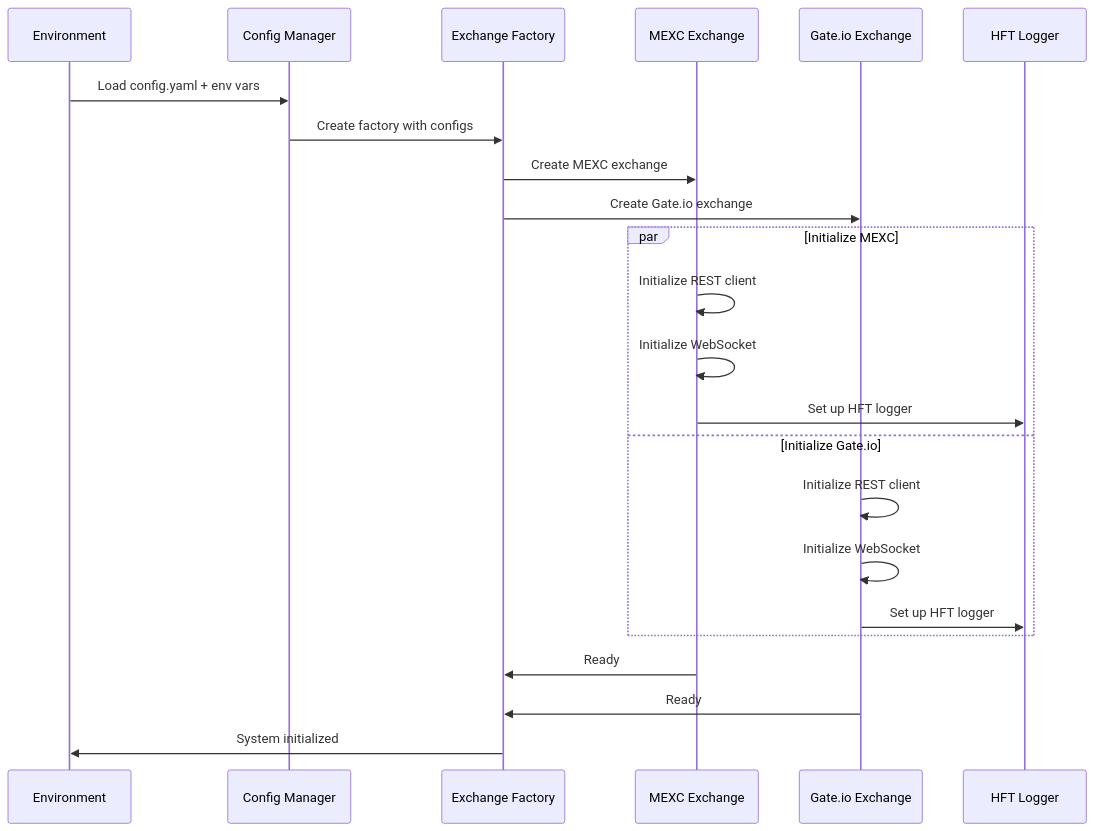
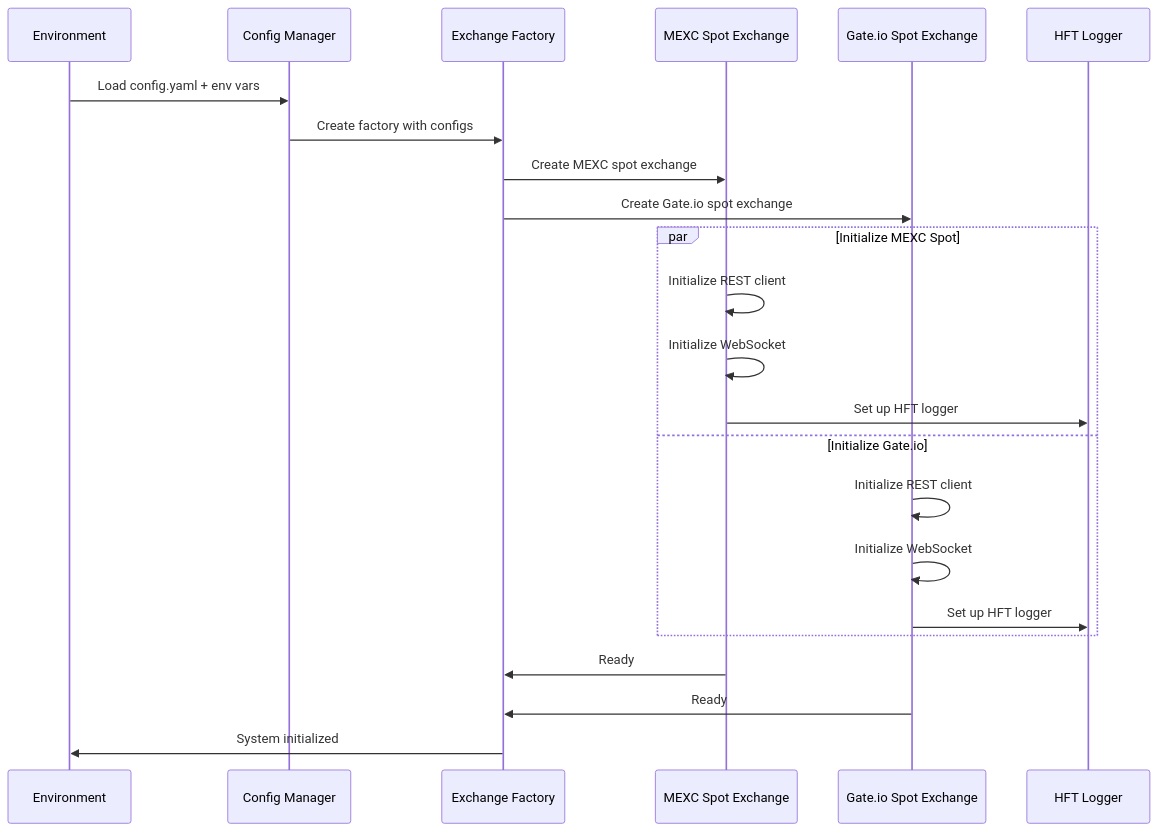
The first of 2 diagrams in docs/workflows/unified-arbitrage-workflow.md (dasein108/cex_arbitrage), drawn with Mermaid before and after one commit. The commit also changed other lines of this file and 49 other files, not shown here.

````diff
--- a/docs/workflows/unified-arbitrage-workflow.md
+++ b/docs/workflows/unified-arbitrage-workflow.md
@@ -364,28 +364,28 @@
 ```mermaid
 sequenceDiagram
     participant ENV as Environment
     participant CFG as Config Manager
     participant FAC as Exchange Factory
-    participant MEX as MEXC Exchange
-    participant GAT as Gate.io Exchange
+    participant MEX as MEXC Spot Exchange
+    participant GAT as Gate.io Spot Exchange
     participant LOG as HFT Logger
     
     ENV->>CFG: Load config.yaml + env vars
     CFG->>FAC: Create factory with configs
-    FAC->>MEX: Create MEXC exchange
-    FAC->>GAT: Create Gate.io exchange
+    FAC->>MEX: Create MEXC spot exchange
+    FAC->>GAT: Create Gate.io spot exchange
     
-    par Initialize MEXC
+    par Initialize MEXC Spot
         MEX->>MEX: Initialize REST client
         MEX->>MEX: Initialize WebSocket
         MEX->>LOG: Set up HFT logger
     and Initialize Gate.io  
         GAT->>GAT: Initialize REST client
         GAT->>GAT: Initialize WebSocket
         GAT->>LOG: Set up HFT logger
     end
     
     MEX->>FAC: Ready
     GAT->>FAC: Ready
     FAC->>ENV: System initialized
 ```
````
